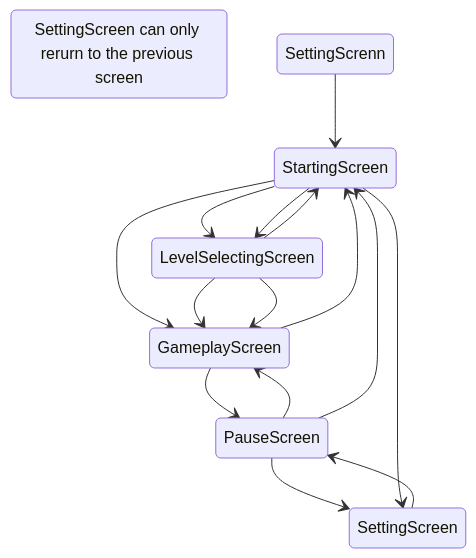
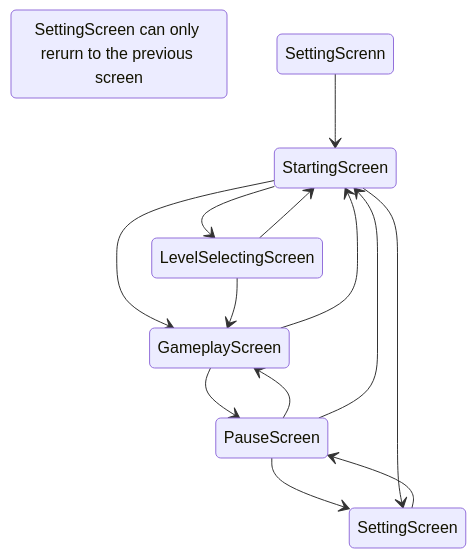
Before and after one commit to dRoycon/HS_SoftwareEngineeringProject: the diagram in screens/README.md, drawn with Mermaid.

Commit message:
modified:   screens/README.md

````diff
--- a/screens/README.md
+++ b/screens/README.md
@@ -4,25 +4,23 @@
 ``` mermaid
 stateDiagram-v2
 
     StartingScreen --> GameplayScreen
     GameplayScreen --> StartingScreen
 
     GameplayScreen --> PauseScreen
     PauseScreen --> GameplayScreen
 
     state  "SettingScreen can only rerurn to the previous screen" as s1
 
     PauseScreen --> StartingScreen
     PauseScreen --> SettingScreen
     SettingScreen --> PauseScreen
 
-    LevelSelectingScreen --> GameplayScreen
-    StartingScreen --> LevelSelectingScreen
     LevelSelectingScreen --> StartingScreen
     LevelSelectingScreen --> GameplayScreen
     StartingScreen --> LevelSelectingScreen
 
     StartingScreen --> SettingScreen
     SettingScrenn --> StartingScreen
 
 ```
````
